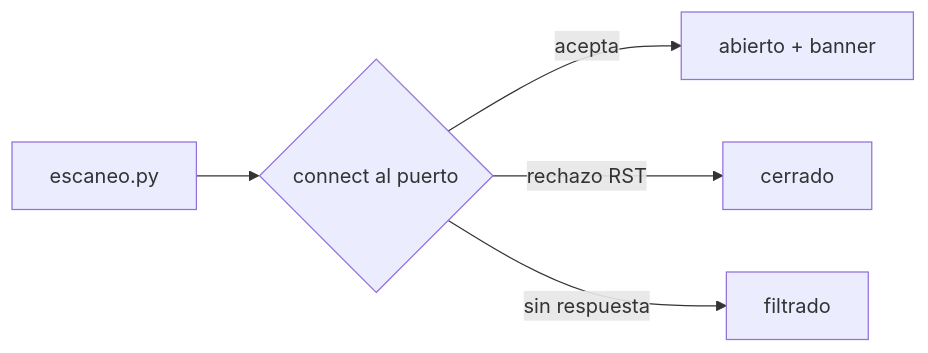
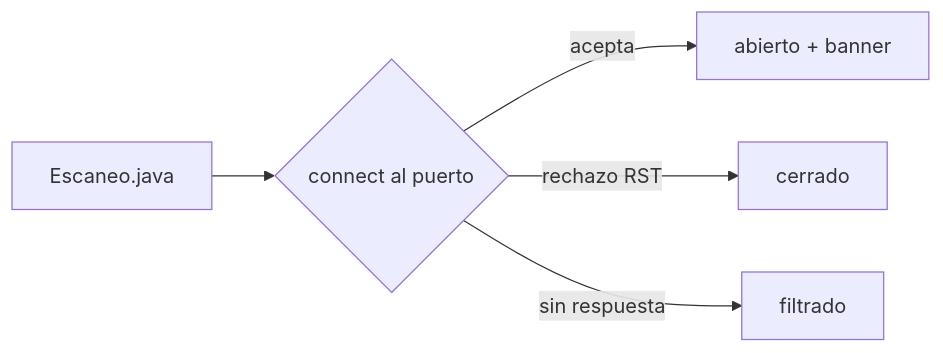
The second of 2 diagrams in web/public/content/seguridad/modulo-1.md (NICORUIZ93/The_Imperial_Book), drawn with Mermaid before and after one commit. The commit also changed other lines of this file and 2 other files, not shown here.

First line of the commit message:
contenido(seguridad): módulos 0 y 1 en Java 25

````diff
--- a/web/public/content/seguridad/modulo-1.md
+++ b/web/public/content/seguridad/modulo-1.md
@@ -408,7 +403,7 @@
 ```mermaid
 flowchart LR
-    E[escaneo.py] --> P{connect al puerto}
+    E[Escaneo.java] --> P{connect al puerto}
     P -- acepta --> A[abierto + banner]
     P -- rechazo RST --> C[cerrado]
     P -- sin respuesta --> F[filtrado]
 ```
````
